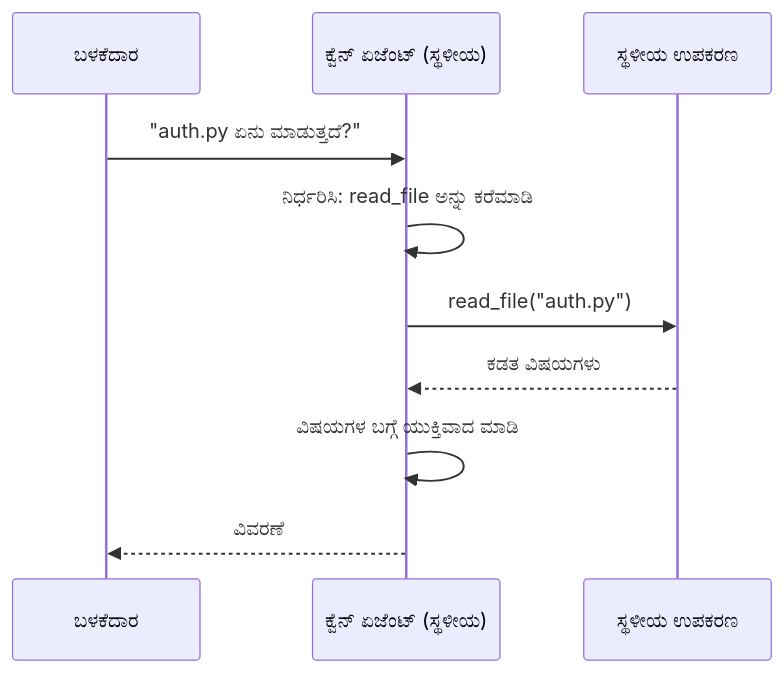
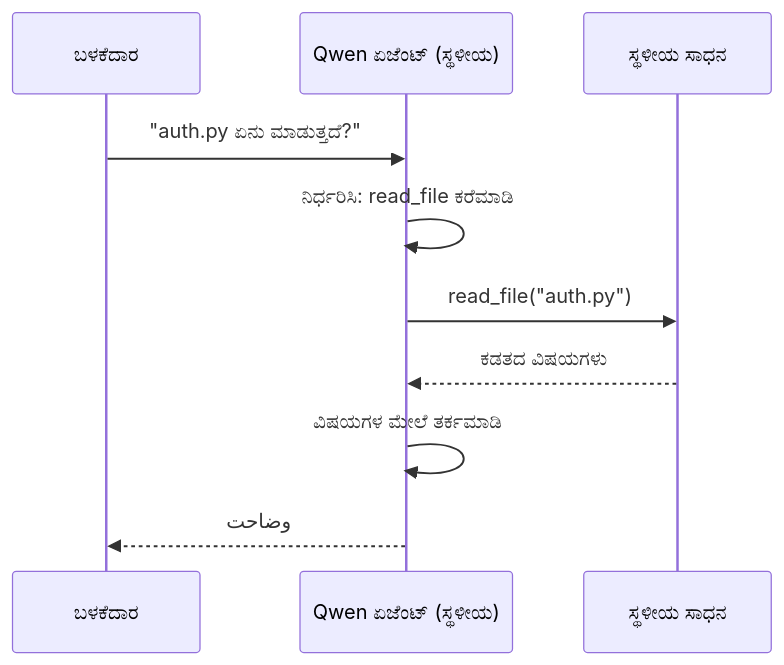
One commit to gabrielmoreira/agent-skills-mirror changed the second of 4 diagrams in mirrors/repos/microsoft@ai-agents-for-beginners/translations/kn/17-creating-local-ai-agents/README.md. Above: the diagram before and after it, drawn with Mermaid. The commit also changed other lines of this file and 4262 other files, not shown here.

````diff
--- a/mirrors/repos/microsoft@ai-agents-for-beginners/translations/kn/17-creating-local-ai-agents/README.md
+++ b/mirrors/repos/microsoft@ai-agents-for-beginners/translations/kn/17-creating-local-ai-agents/README.md
@@ -106,12 +106,12 @@
 ```mermaid
 sequenceDiagram
     participant U as ಬಳಕೆದಾರ
-    participant A as ಕ್ವೆನ್ ಏಜೆಂಟ್ (ಸ್ಥಳೀಯ)
-    participant T as ಸ್ಥಳೀಯ ಉಪಕರಣ
+    participant A as Qwen ಏಜೆಂಟ್ (ಸ್ಥಳೀಯ)
+    participant T as ಸ್ಥಳೀಯ ಸಾಧನ
     U->>A: "auth.py ಏನು ಮಾಡುತ್ತದೆ?"
-    A->>A: ನಿರ್ಧರಿಸಿ: read_file ಅನ್ನು ಕರೆಮಾಡಿ
+    A->>A: ನಿರ್ಧರಿಸಿ: read_file ಕರೆಮಾಡಿ
     A->>T: read_file("auth.py")
-    T-->>A: ಕಡತ ವಿಷಯಗಳು
-    A->>A: ವಿಷಯಗಳ ಬಗ್ಗೆ ಯುಕ್ತಿವಾದ ಮಾಡಿ
-    A-->>U: ವಿವರಣೆ
+    T-->>A: ಕಡತದ ವಿಷಯಗಳು
+    A->>A: ವಿಷಯಗಳ ಮೇಲೆ ತರ್ಕಮಾಡಿ
+    A-->>U: وضاحت
 ```
````
